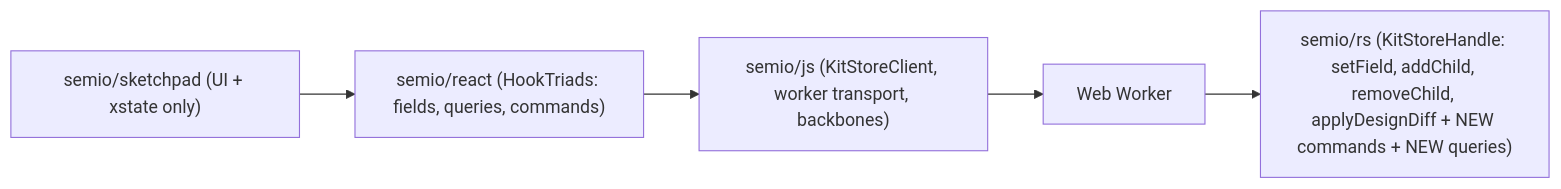
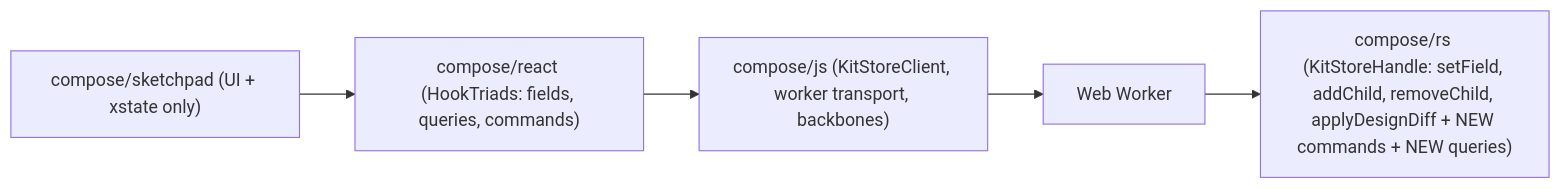
One commit to usalu/semio changed the diagram in .repo/🎫/26/04/22/FINISH-RUST-STORE-HOOK-MIGRATION/sketchpad_full_rust_migration_76777353.plan.md. Above: the diagram before and after it, drawn with Mermaid. The commit also changed other lines of this file and 7735 other files, not shown here.

````diff
--- a/.repo/🎫/26/04/22/FINISH-RUST-STORE-HOOK-MIGRATION/sketchpad_full_rust_migration_76777353.plan.md
+++ b/.repo/🎫/26/04/22/FINISH-RUST-STORE-HOOK-MIGRATION/sketchpad_full_rust_migration_76777353.plan.md
@@ -52,10 +52,10 @@
 ```mermaid
 flowchart LR
-  Sketchpad["semio/sketchpad (UI + xstate only)"]
-  React["semio/react (HookTriads: fields, queries, commands)"]
-  Js["semio/js (KitStoreClient, worker transport, backbones)"]
+  Sketchpad["compose/sketchpad (UI + xstate only)"]
+  React["compose/react (HookTriads: fields, queries, commands)"]
+  Js["compose/js (KitStoreClient, worker transport, backbones)"]
   Worker["Web Worker"]
-  Rs["semio/rs (KitStoreHandle: setField, addChild, removeChild, applyDesignDiff + NEW commands + NEW queries)"]
+  Rs["compose/rs (KitStoreHandle: setField, addChild, removeChild, applyDesignDiff + NEW commands + NEW queries)"]
 
   Sketchpad --> React --> Js --> Worker --> Rs
 ```
````
